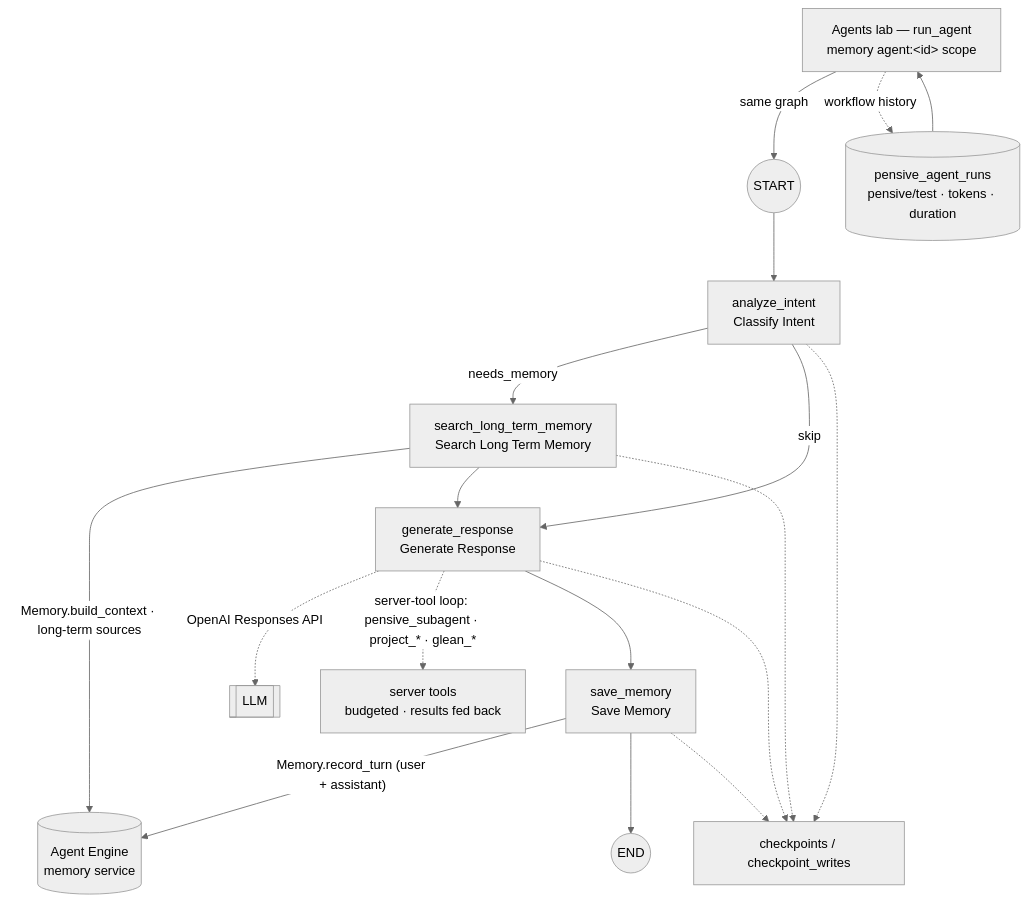
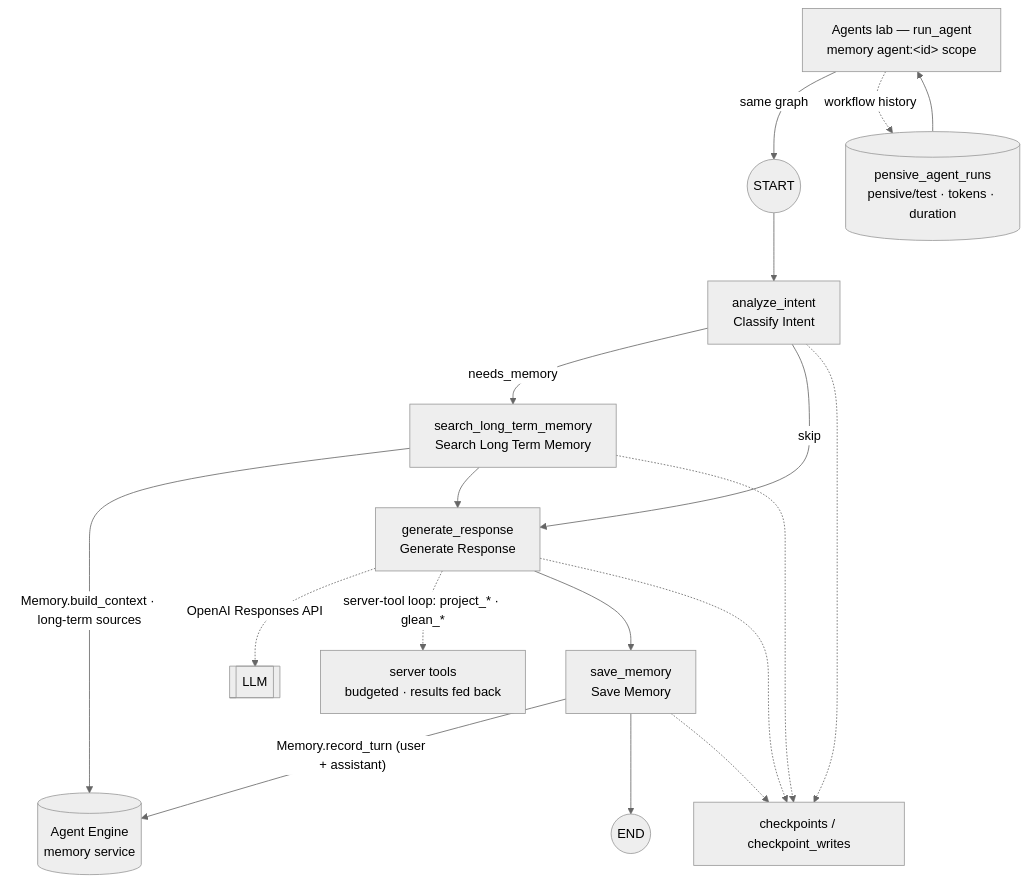
Before and after one commit to newellbrandon/pensive-memory: the second of 2 diagrams in README.md, drawn with Mermaid (neutral theme). The commit also changed other lines of this file and 12 other files, not shown here.

````diff
--- a/README.md
+++ b/README.md
@@ -47,26 +45,26 @@
 ```mermaid
 flowchart TD
   startNode((START)) --> analyze["analyze_intent<br/>Classify Intent"]
 
   analyze -->|"needs_memory"| search["search_long_term_memory<br/>Search Long Term Memory"]
   analyze -->|"skip"| generate["generate_response<br/>Generate Response"]
 
   search -->|"Memory.build_context · long-term sources"| memsvc[("Agent Engine<br/>memory service")]
   search --> generate
 
   generate -.->|"OpenAI Responses API"| llmNode[["LLM"]]
-  generate -.->|"server-tool loop: pensive_subagent · project_* · glean_*"| serverTools["server tools<br/>budgeted · results fed back"]
+  generate -.->|"server-tool loop: project_* · glean_*"| serverTools["server tools<br/>budgeted · results fed back"]
   generate --> save["save_memory<br/>Save Memory"]
 
   save -->|"Memory.record_turn (user + assistant)"| memsvc
   save --> endNode((END))
 
   agentLab["Agents lab — run_agent<br/>memory agent:&lt;id&gt; scope"] -->|"same graph"| startNode
   agentLab -.->|"workflow history"| runs2[("pensive_agent_runs<br/>pensive/test · tokens · duration")]
   runs2 --> agentLab
 
   analyze -.-> cpNote["checkpoints / checkpoint_writes"]
   search -.-> cpNote
   generate -.-> cpNote
   save -.-> cpNote
 ```
````
